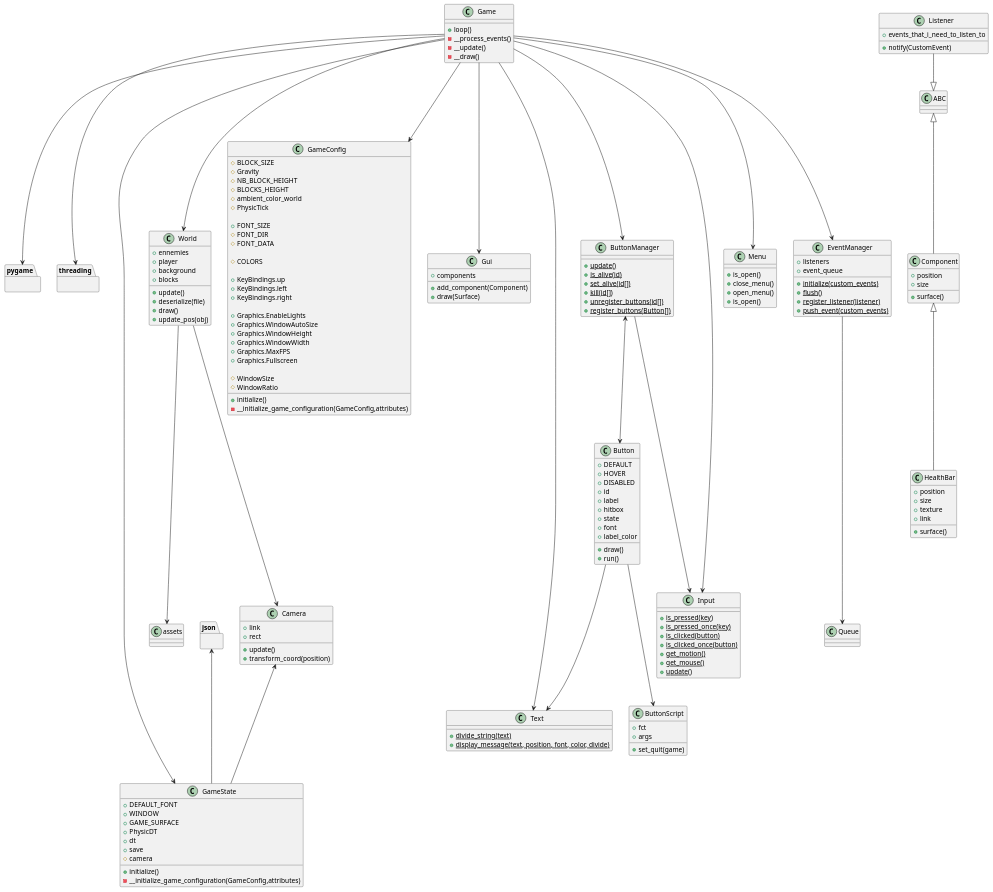
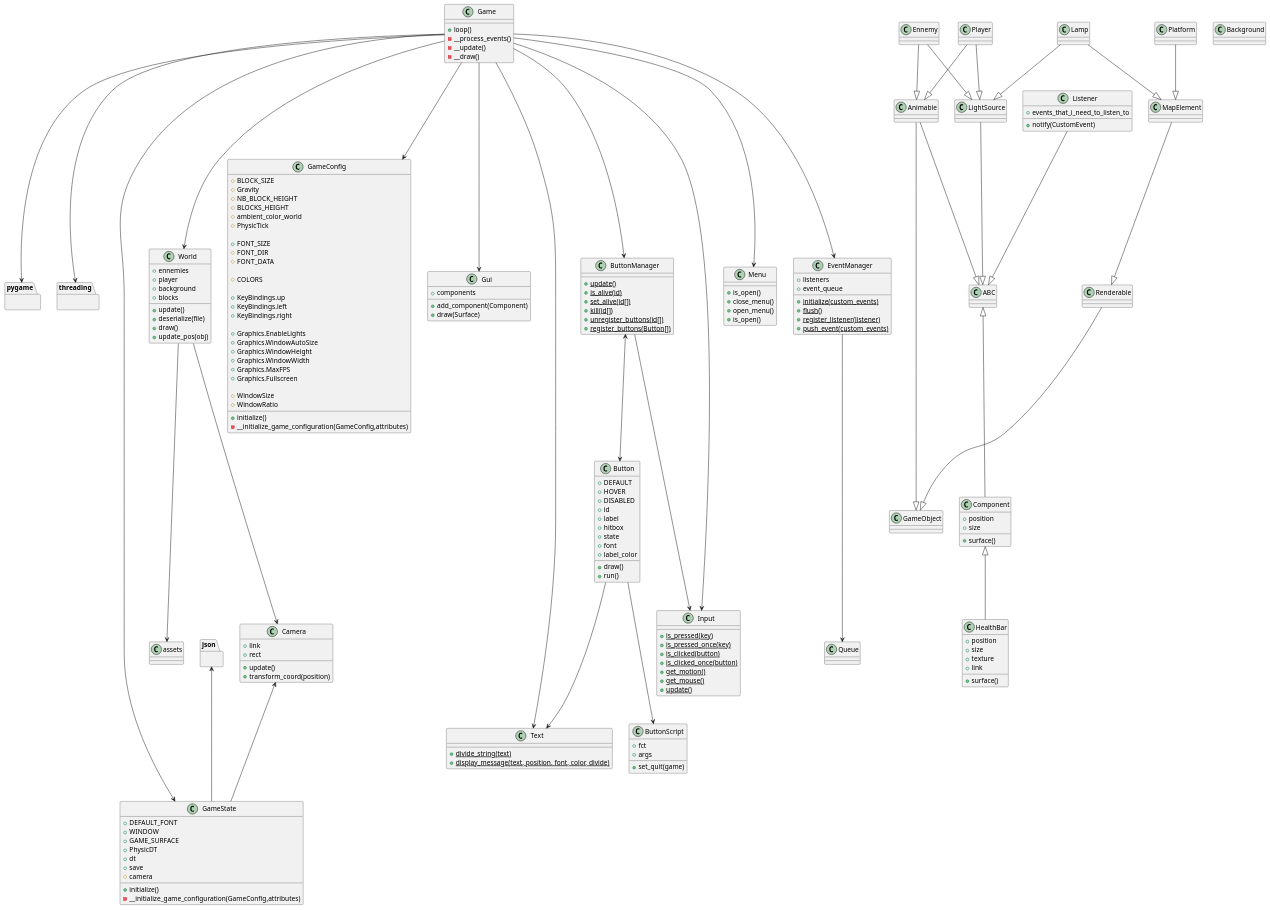
The diagram in uml/game.iuml (AquaBx/SlimeGame), drawn with PlantUML before and after one commit. The commit also changed 1 other file, not shown here.

Commit message:
uml suite

```diff
--- a/uml/game.iuml
+++ b/uml/game.iuml
@@ -162,6 +162,37 @@
     + {static} push_event(custom_events)
 }
 
+class Animable{}
+class Ennemy{}
+
+class MapElement{}
+class Platform{}
+class Background{}
+class Lamp{}
+
+class GameObject{}
+class LightSource{}
+class Player{}
+class Renderable{}
+
+Renderable    --|> GameObject
+
+Animable        --|> GameObject
+Animable        --|> ABC
+
+Ennemy        --|> Animable
+Ennemy        --|> LightSource
+
+Player        --|> Animable
+Player        --|> LightSource
+
+LightSource    --|> ABC
+
+MapElement    --|> Renderable
+Platform      --|> MapElement
+Lamp          --|> MapElement
+Lamp          --|> LightSource
+
 Game          ---> pygame
 
 Listener     --|> ABC
```
